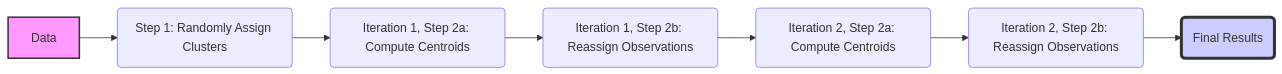
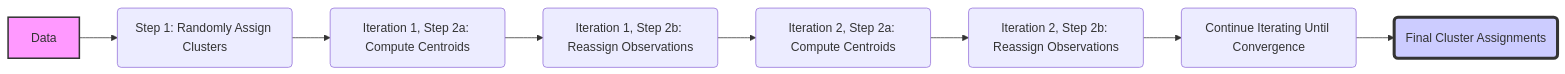
Before and after one commit to qiufei/web-slide-islp: the third of 4 diagrams in qmd/islp12.qmd, drawn with Mermaid. The commit also changed other lines of this file and 29 other files, not shown here.

````diff
--- a/qmd/islp12.qmd
+++ b/qmd/islp12.qmd
@@ -266,11 +347,12 @@
 ```{mermaid}
 graph LR
     A[Data] --> B(Step 1: Randomly Assign Clusters);
     B --> C(Iteration 1, Step 2a: Compute Centroids);
     C --> D(Iteration 1, Step 2b: Reassign Observations);
     D --> E(Iteration 2, Step 2a: Compute Centroids);
      E --> F(Iteration 2, Step 2b: Reassign Observations);
-    F --> G(Final Results);
+    F --> G(Continue Iterating Until Convergence);
+    G --> H(Final Cluster Assignments);
     style A fill:#f9f,stroke:#333,stroke-width:2px
-    style G fill:#ccf,stroke:#333,stroke-width:4px
+    style H fill:#ccf,stroke:#333,stroke-width:4px
 ```
````
